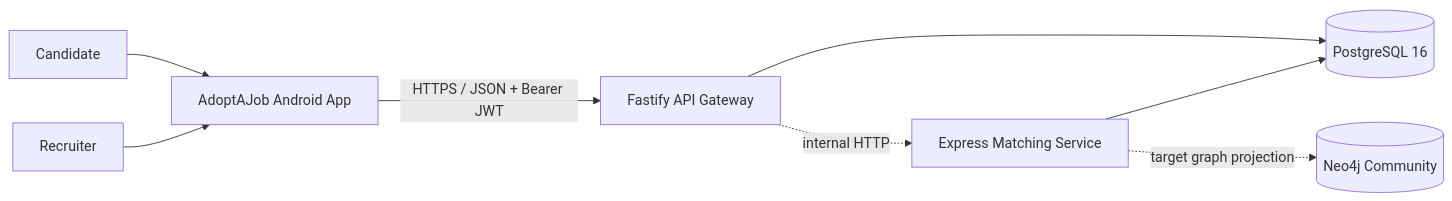
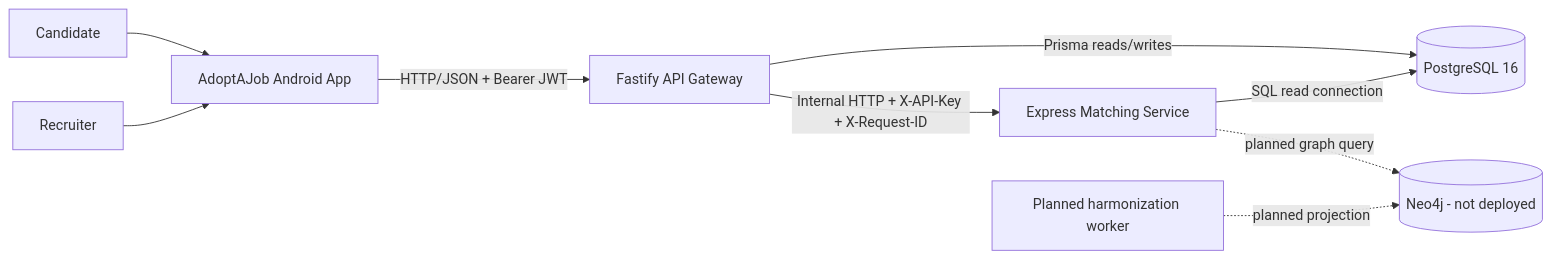
One commit to bhsei/26A changed the first of 14 diagrams in docs/design/SAD.md. Above: the diagram before and after it, drawn with Mermaid. The commit also changed other lines of this file, not shown here.

First line of the commit message:
W10 - SAD design v1.0; add AdoptAJob Software Architecture Document

````diff
--- a/docs/design/SAD.md
+++ b/docs/design/SAD.md
@@ -291,10 +308,11 @@
 ```mermaid
 flowchart LR
     C[Candidate] --> A[AdoptAJob Android App]
     R[Recruiter] --> A
-    A -- HTTPS / JSON + Bearer JWT --> F[Fastify API Gateway]
-    F --> P[(PostgreSQL 16)]
-    F -. internal HTTP .-> M[Express Matching Service]
-    M --> P
-    M -. target graph projection .-> N[(Neo4j Community)]
+    A -- HTTP/JSON + Bearer JWT --> F[Fastify API Gateway]
+    F -- Prisma reads/writes --> P[(PostgreSQL 16)]
+    F -- Internal HTTP + X-API-Key + X-Request-ID --> M[Express Matching Service]
+    M -- SQL read connection --> P
+    M -. planned graph query .-> N[(Neo4j - not deployed)]
+    H[Planned harmonization worker] -. planned projection .-> N
 ```
````
